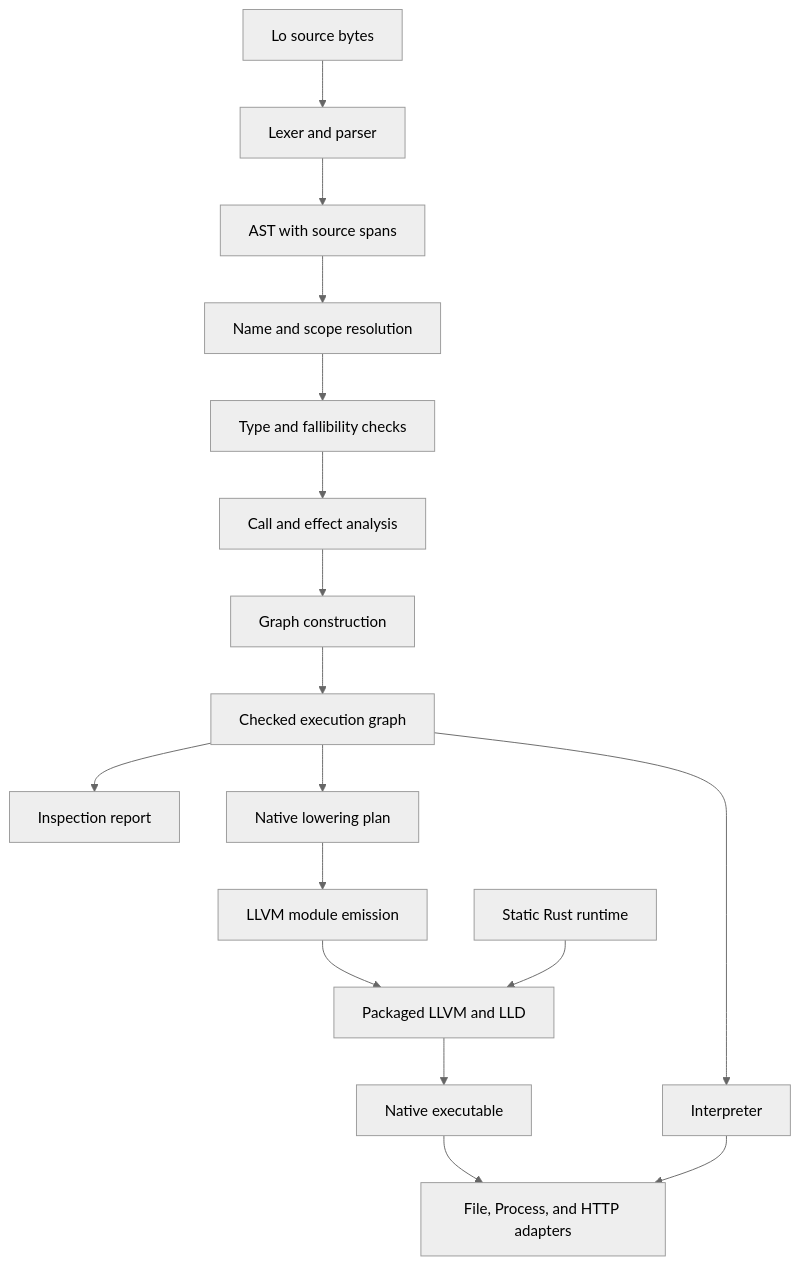
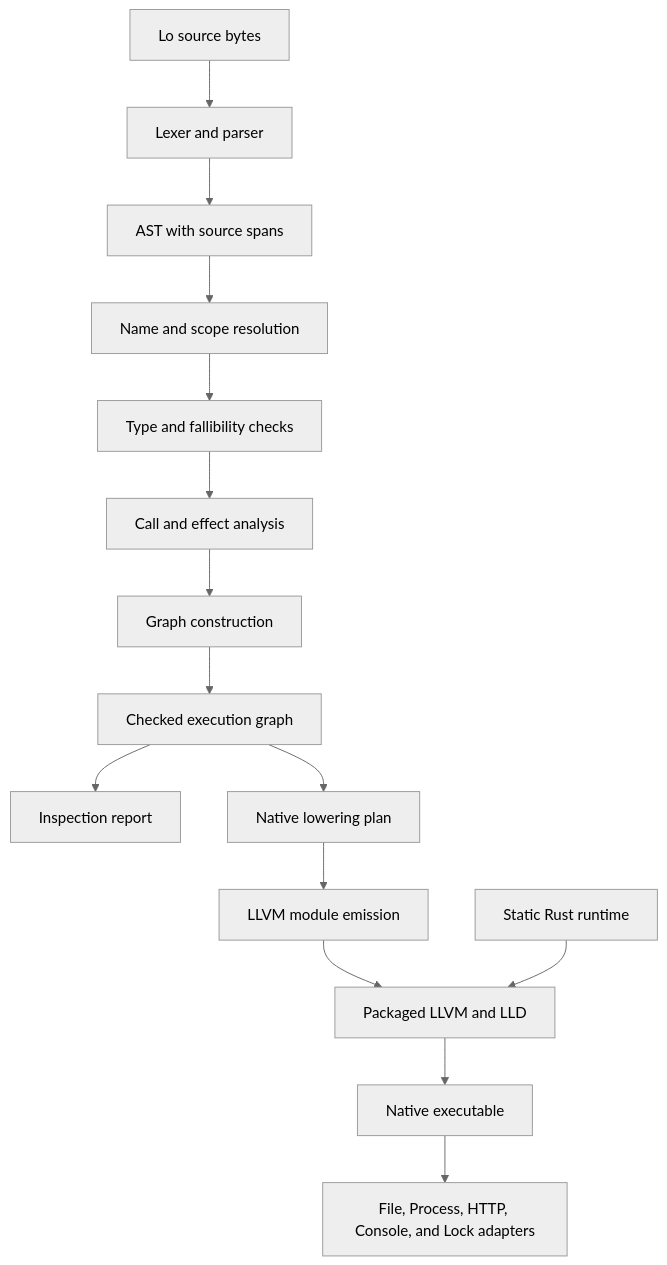
One commit to tyemirov/Lo changed the diagram in docs/compiler-design.md. Above: the diagram before and after it, drawn with Mermaid (neutral theme). The commit also changed other lines of this file and 36 other files, not shown here.

First line of the commit message:
docs: consolidate documentation on single native runtime

````diff
--- a/docs/compiler-design.md
+++ b/docs/compiler-design.md
@@ -187,19 +186,17 @@
 ```mermaid
 flowchart TD
     Source[Lo source bytes] --> Parse[Lexer and parser]
     Parse --> AST[AST with source spans]
     AST --> Resolve[Name and scope resolution]
     Resolve --> Check[Type and fallibility checks]
     Check --> Effects[Call and effect analysis]
     Effects --> Lower[Graph construction]
     Lower --> Graph[Checked execution graph]
     Graph --> Inspect[Inspection report]
-    Graph --> Runtime[Interpreter]
     Graph --> Plan[Native lowering plan]
     Plan --> Generate[LLVM module emission]
     Generate --> Build[Packaged LLVM and LLD]
     RuntimeLibrary[Static Rust runtime] --> Build
     Build --> Native[Native executable]
-    Native --> Adapters
-    Runtime --> Adapters[File, Process, and HTTP adapters]
+    Native --> Host[File, Process, HTTP, Console, and Lock adapters]
 ```
````
